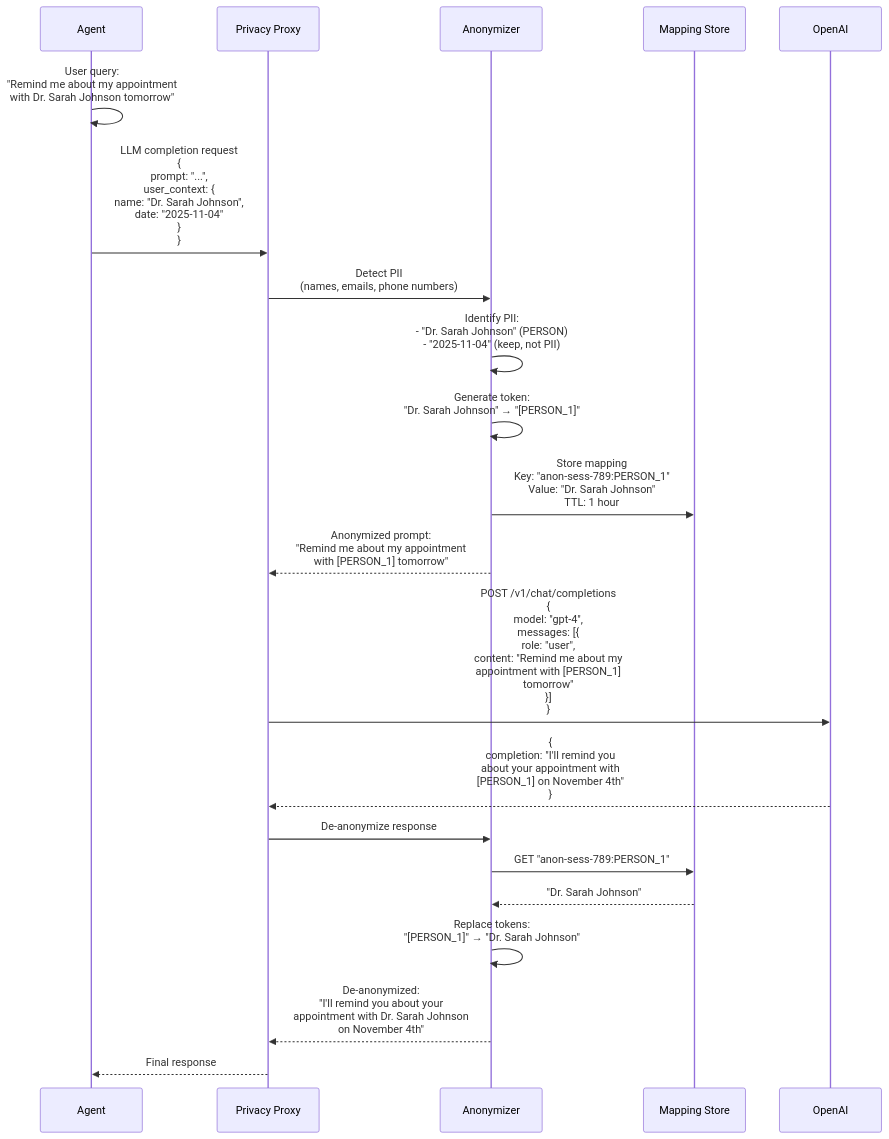
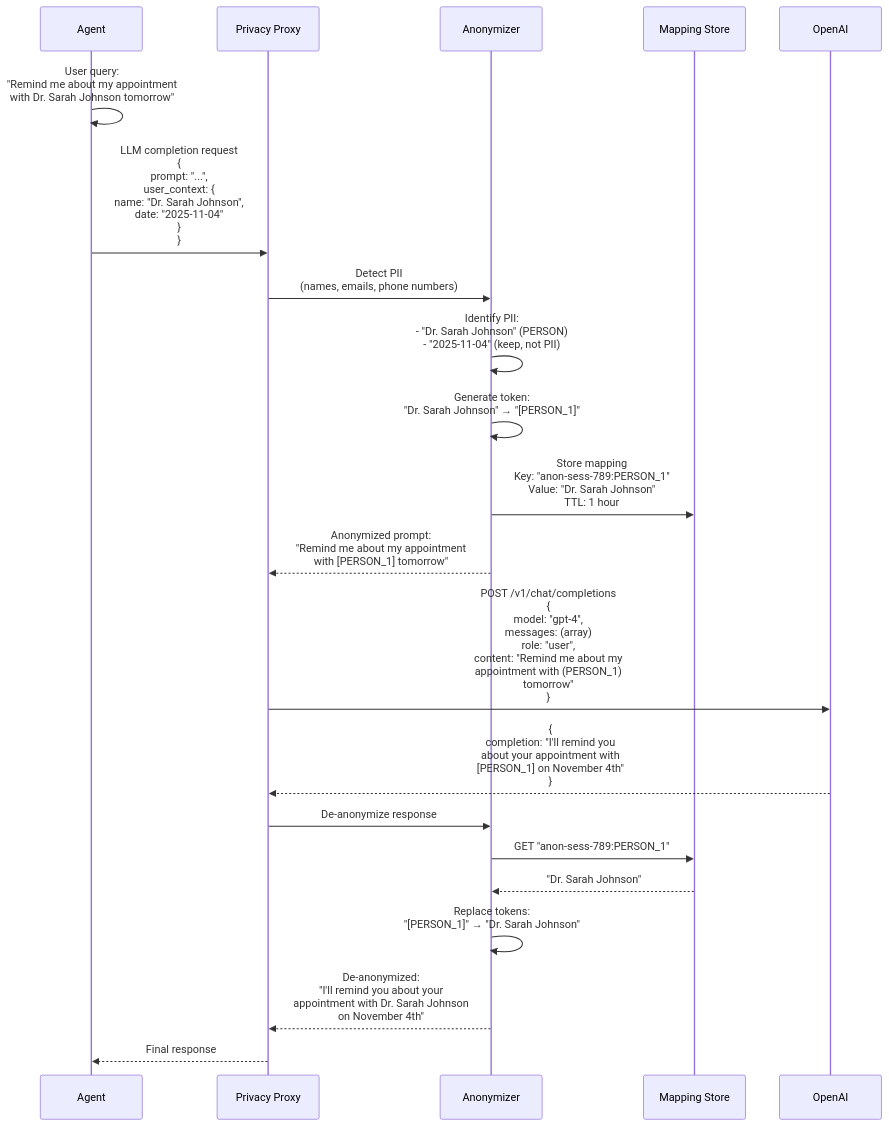
One commit to y-core-engineering/fidus changed diagram 33 of 36 in docs/solution-architecture/05-data-flows.md. Above: the diagram before and after it, drawn with Mermaid. The commit also changed other lines of this file and 26 other files, not shown here.

First line of the commit message:
feat: add comprehensive UX/UI design docs and Mermaid validation (#6)

````diff
--- a/docs/solution-architecture/05-data-flows.md
+++ b/docs/solution-architecture/05-data-flows.md
@@ -2460,37 +2460,37 @@
 ```mermaid
 sequenceDiagram
     participant Agent
     participant Privacy Proxy
     participant Anonymizer
     participant Mapping Store
     participant OpenAI
 
     Agent->>Agent: User query:<br/>"Remind me about my appointment<br/>with Dr. Sarah Johnson tomorrow"
 
     Agent->>Privacy Proxy: LLM completion request<br/>{<br/>  prompt: "...",<br/>  user_context: {<br/>    name: "Dr. Sarah Johnson",<br/>    date: "2025-11-04"<br/>  }<br/>}
 
     Privacy Proxy->>Anonymizer: Detect PII<br/>(names, emails, phone numbers)
 
     Anonymizer->>Anonymizer: Identify PII:<br/>- "Dr. Sarah Johnson" (PERSON)<br/>- "2025-11-04" (keep, not PII)
 
     Anonymizer->>Anonymizer: Generate token:<br/>"Dr. Sarah Johnson" → "[PERSON_1]"
 
     Anonymizer->>Mapping Store: Store mapping<br/>Key: "anon-sess-789:PERSON_1"<br/>Value: "Dr. Sarah Johnson"<br/>TTL: 1 hour
 
     Anonymizer-->>Privacy Proxy: Anonymized prompt:<br/>"Remind me about my appointment<br/>with [PERSON_1] tomorrow"
 
-    Privacy Proxy->>OpenAI: POST /v1/chat/completions<br/>{<br/>  model: "gpt-4",<br/>  messages: [{<br/>    role: "user",<br/>    content: "Remind me about my<br/>    appointment with [PERSON_1]<br/>    tomorrow"<br/>  }]<br/>}
+    Privacy Proxy->>OpenAI: POST /v1/chat/completions<br/>{<br/>  model: "gpt-4",<br/>  messages: (array)<br/>    role: "user",<br/>    content: "Remind me about my<br/>    appointment with (PERSON_1)<br/>    tomorrow"<br/>}
 
     OpenAI-->>Privacy Proxy: {<br/>  completion: "I'll remind you<br/>  about your appointment with<br/>  [PERSON_1] on November 4th"<br/>}
 
     Privacy Proxy->>Anonymizer: De-anonymize response
 
     Anonymizer->>Mapping Store: GET "anon-sess-789:PERSON_1"
     Mapping Store-->>Anonymizer: "Dr. Sarah Johnson"
 
     Anonymizer->>Anonymizer: Replace tokens:<br/>"[PERSON_1]" → "Dr. Sarah Johnson"
 
     Anonymizer-->>Privacy Proxy: De-anonymized:<br/>"I'll remind you about your<br/>appointment with Dr. Sarah Johnson<br/>on November 4th"
 
     Privacy Proxy-->>Agent: Final response
 ```
````
